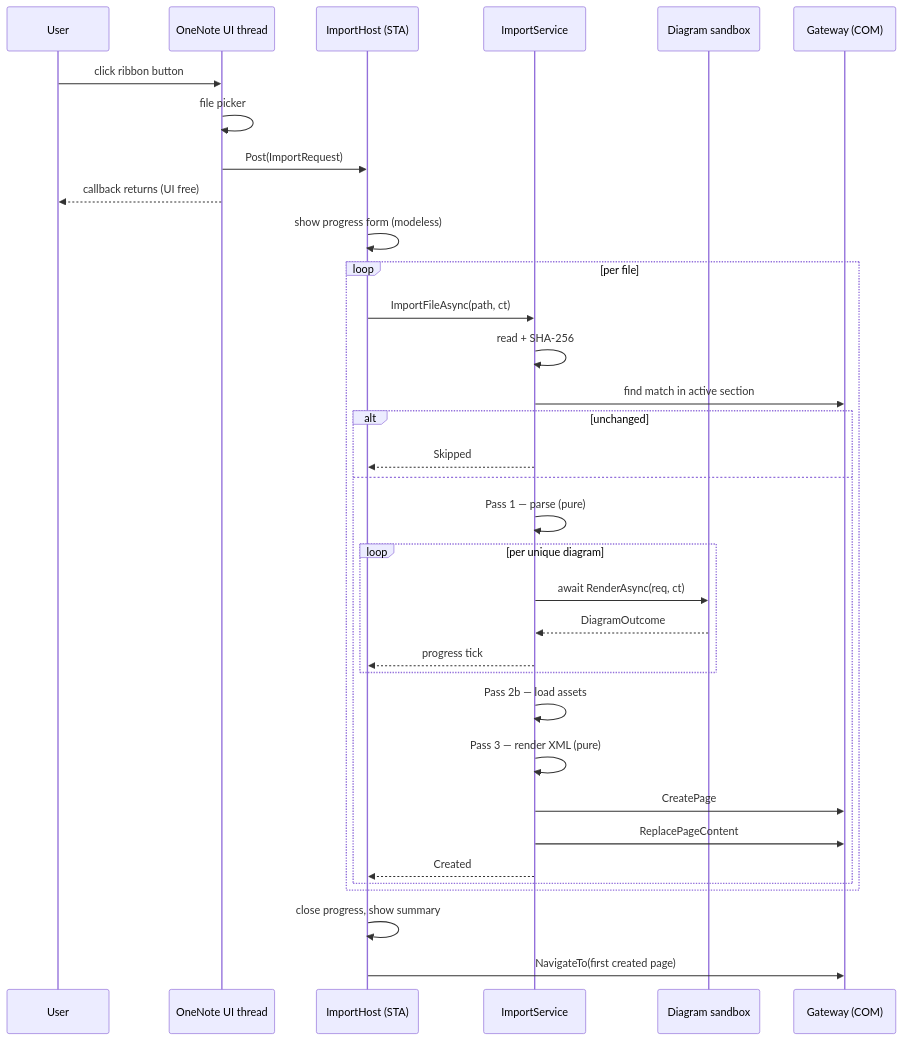
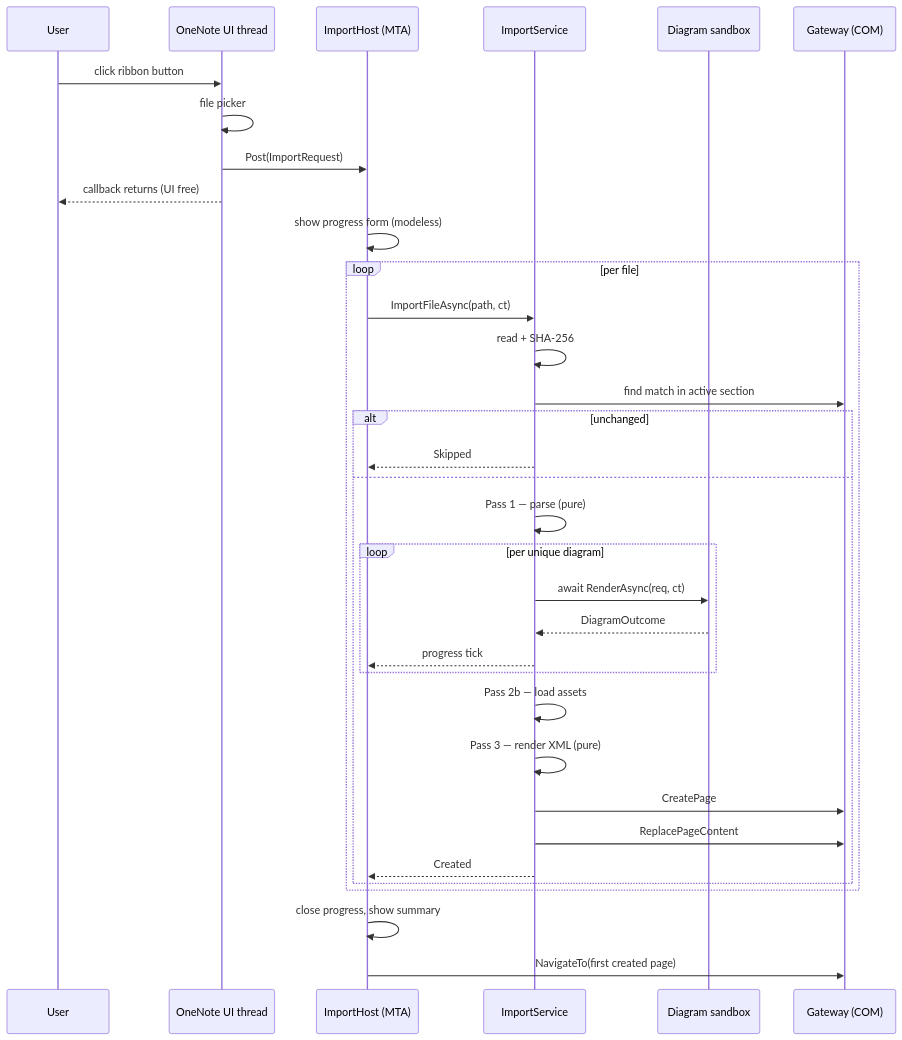
The third of 5 diagrams in docs/DESIGN.md (suchst/Md2OneNote), drawn with Mermaid before and after one commit. The commit also changed other lines of this file and 8 other files, not shown here.

````diff
--- a/docs/DESIGN.md
+++ b/docs/DESIGN.md
@@ -166,38 +169,38 @@
 ```mermaid
 sequenceDiagram
     participant U as User
     participant ON as OneNote UI thread
-    participant H as ImportHost (STA)
+    participant H as ImportHost (MTA)
     participant S as ImportService
     participant D as Diagram sandbox
     participant G as Gateway (COM)
 
     U->>ON: click ribbon button
     ON->>ON: file picker
     ON->>H: Post(ImportRequest)
     ON-->>U: callback returns (UI free)
 
     H->>H: show progress form (modeless)
     loop per file
         H->>S: ImportFileAsync(path, ct)
         S->>S: read + SHA-256
         S->>G: find match in active section
         alt unchanged
             S-->>H: Skipped
         else
             S->>S: Pass 1 — parse (pure)
             loop per unique diagram
                 S->>D: await RenderAsync(req, ct)
                 D-->>S: DiagramOutcome
                 S-->>H: progress tick
             end
             S->>S: Pass 2b — load assets
             S->>S: Pass 3 — render XML (pure)
             S->>G: CreatePage
             S->>G: ReplacePageContent
             S-->>H: Created
         end
     end
     H->>H: close progress, show summary
     H->>G: NavigateTo(first created page)
 ```
````
